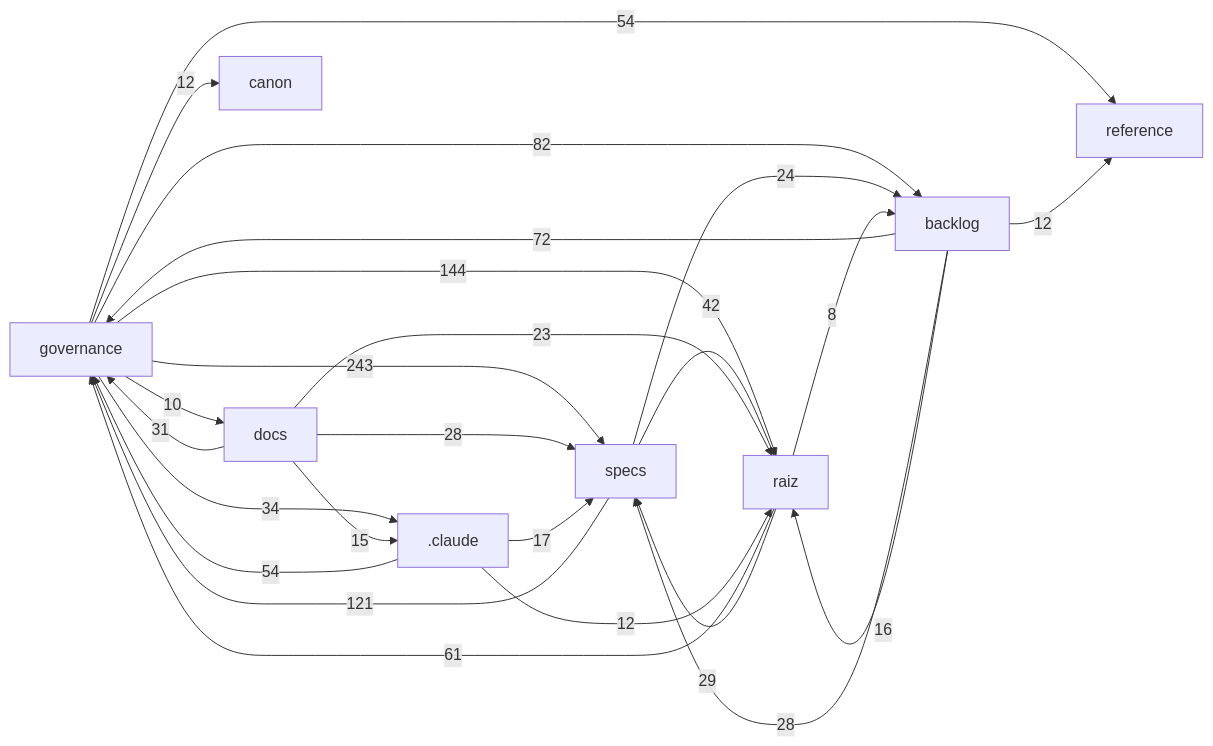
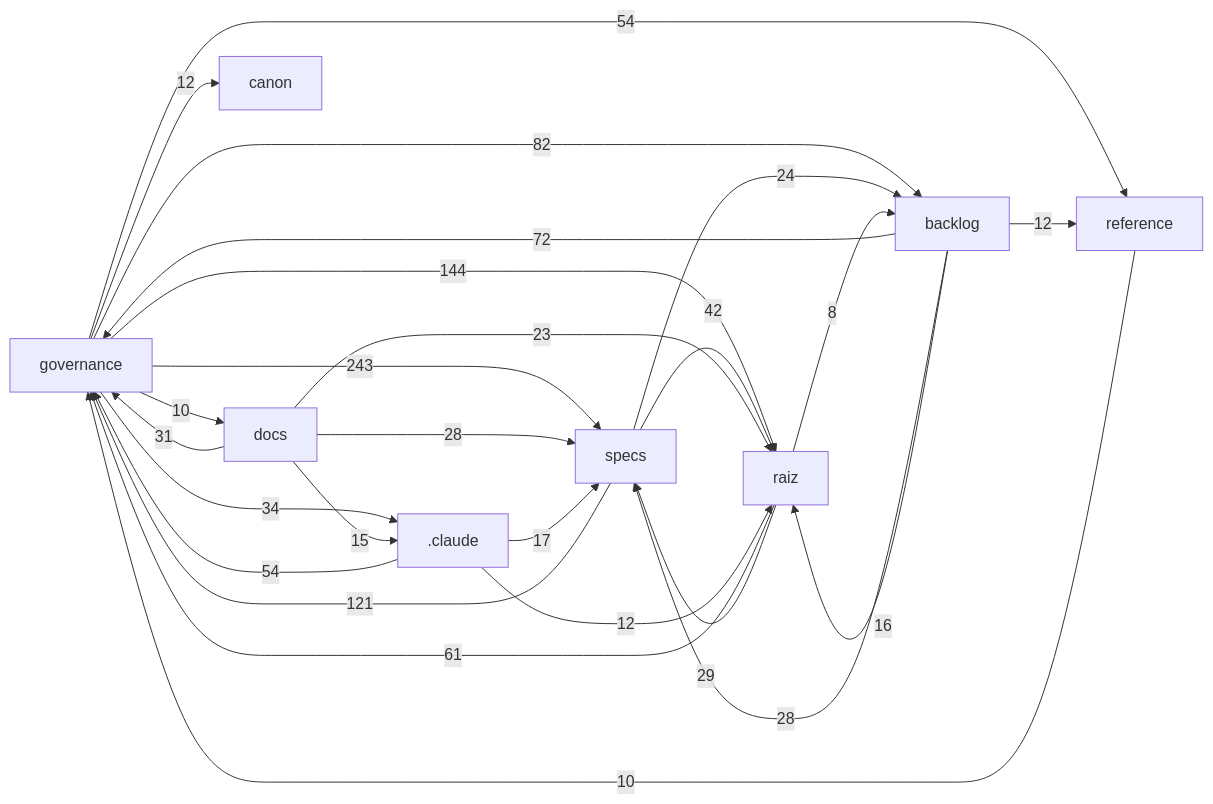
One commit to Andraus35/Sistema-Operacional-de-Trading--SOT changed the diagram in docs/mapa/MAPA-PROJETO.md. Above: the diagram before and after it, drawn with Mermaid. The commit also changed other lines of this file and 2 other files, not shown here.

Commit message:
docs(reference): dossiê de pesquisa trading para evolução do WORKFLOW.md (S-01..S-24, não-normativo)

````diff
--- a/docs/mapa/MAPA-PROJETO.md
+++ b/docs/mapa/MAPA-PROJETO.md
@@ -30,27 +30,28 @@
 ```mermaid
 flowchart LR
   governance["governance"] -->|243| specs["specs"]
   governance["governance"] -->|144| raiz["raiz"]
   specs["specs"] -->|121| governance["governance"]
   governance["governance"] -->|82| backlog["backlog"]
   backlog["backlog"] -->|72| governance["governance"]
   raiz["raiz"] -->|61| governance["governance"]
   _claude[".claude"] -->|54| governance["governance"]
   governance["governance"] -->|54| reference["reference"]
   specs["specs"] -->|42| raiz["raiz"]
   governance["governance"] -->|34| _claude[".claude"]
   docs["docs"] -->|31| governance["governance"]
   raiz["raiz"] -->|29| specs["specs"]
   backlog["backlog"] -->|28| specs["specs"]
   docs["docs"] -->|28| specs["specs"]
   specs["specs"] -->|24| backlog["backlog"]
   docs["docs"] -->|23| raiz["raiz"]
   _claude[".claude"] -->|17| specs["specs"]
   backlog["backlog"] -->|16| raiz["raiz"]
   docs["docs"] -->|15| _claude[".claude"]
   _claude[".claude"] -->|12| raiz["raiz"]
   backlog["backlog"] -->|12| reference["reference"]
   governance["governance"] -->|12| canon["canon"]
   governance["governance"] -->|10| docs["docs"]
+  reference["reference"] -->|10| governance["governance"]
   raiz["raiz"] -->|8| backlog["backlog"]
 ```
````
